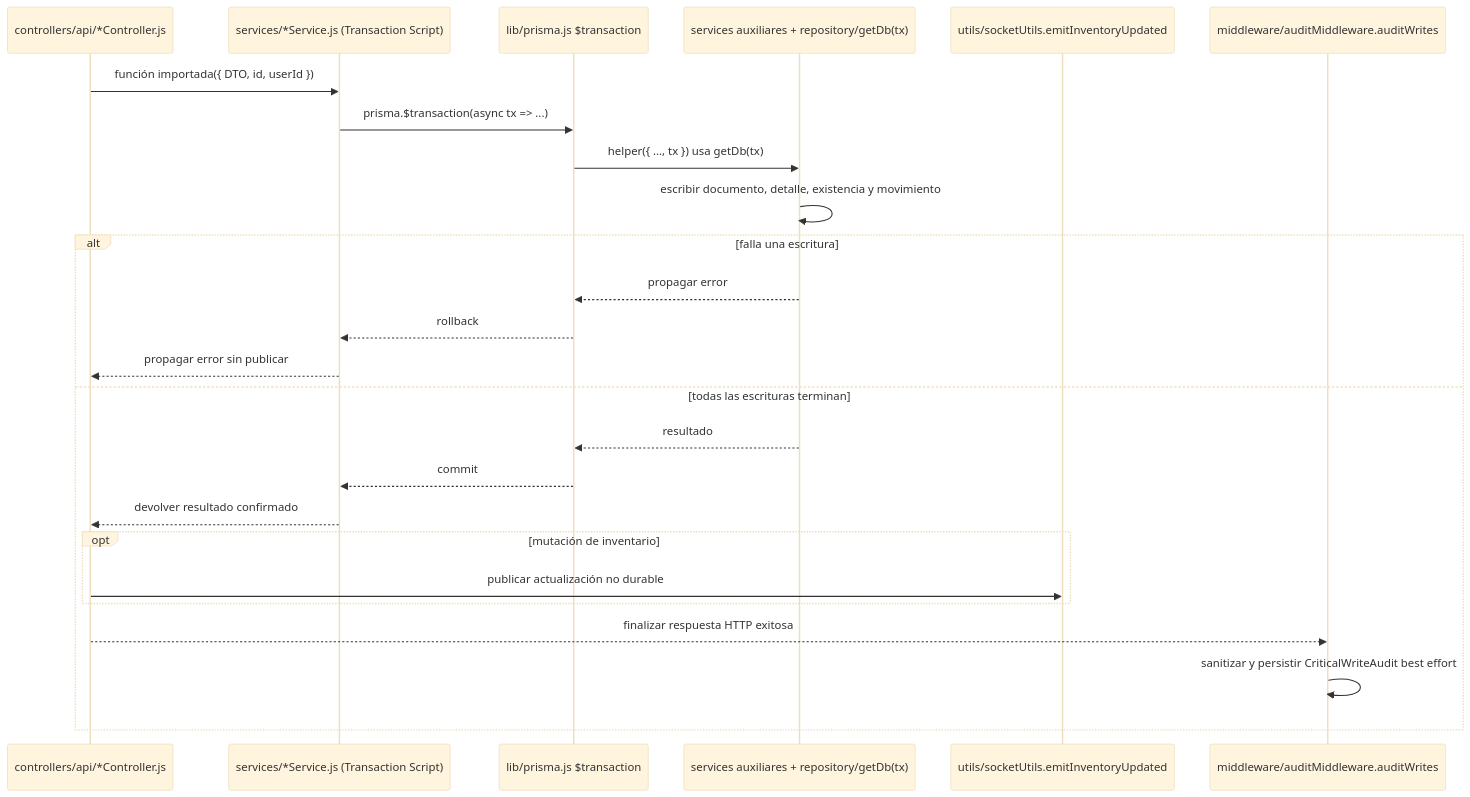
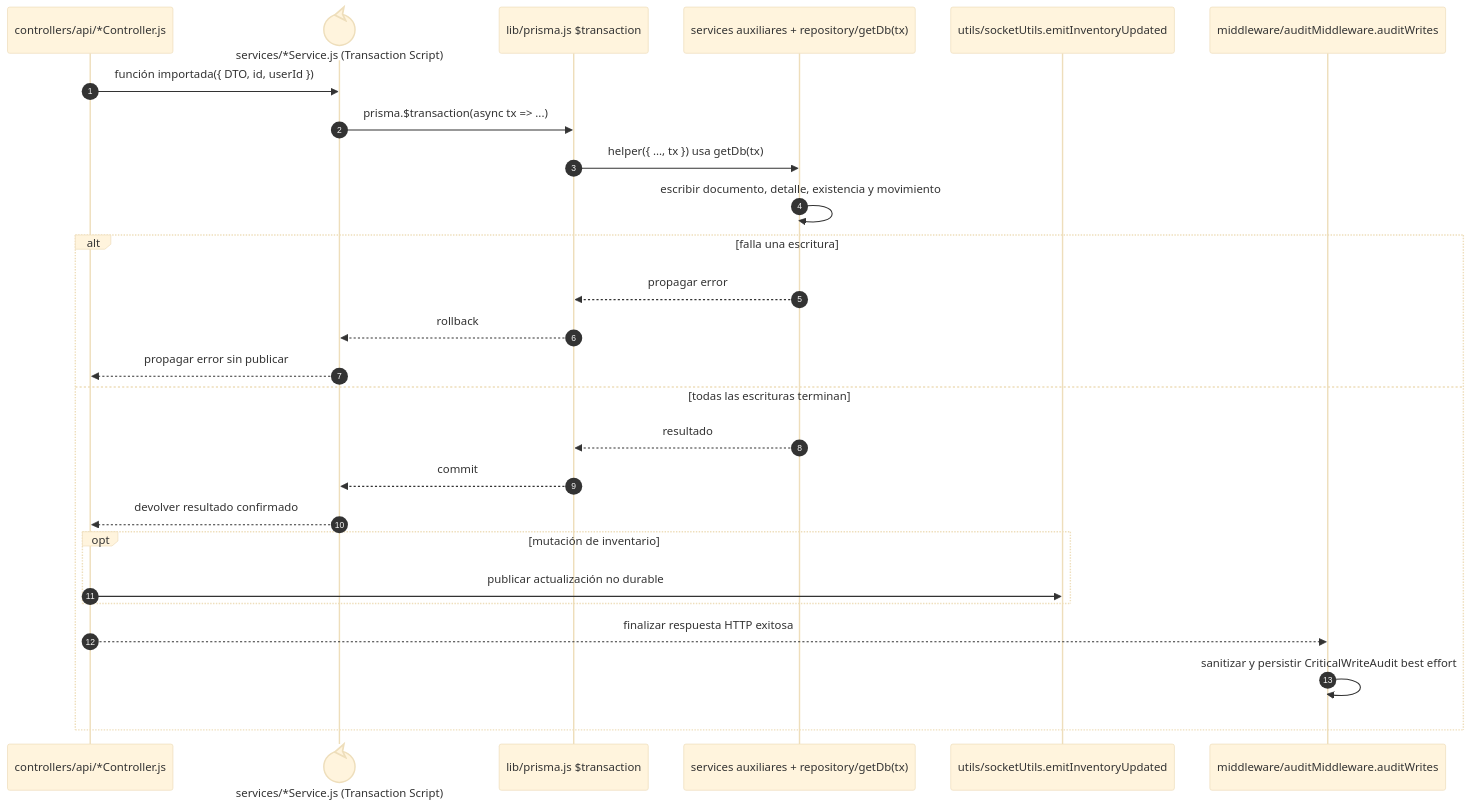
One commit to gpgsistemas01/nexus changed the fourth of 5 diagrams in docs/architecture/views/development/design-and-construction-patterns/04-catalog-visual-of-patterns-applied.md. Above: the diagram before and after it, drawn with Mermaid (base theme). The commit also changed other lines of this file and 198 other files, not shown here.

Commit message:
docs: mejorar notación UML y distribución de diagramas Mermaid

````diff
--- a/docs/architecture/views/development/design-and-construction-patterns/04-catalog-visual-of-patterns-applied.md
+++ b/docs/architecture/views/development/design-and-construction-patterns/04-catalog-visual-of-patterns-applied.md
@@ -131,28 +151,29 @@
 ```mermaid
 sequenceDiagram
+    autonumber
     participant Controller as controllers/api/*Controller.js
-    participant Service as services/*Service.js (Transaction Script)
+    participant Service@{ "type": "control" } as services/*Service.js (Transaction Script)
     participant Prisma as lib/prisma.js $transaction
     participant Writes as services auxiliares + repository/getDb(tx)
     participant Events as utils/socketUtils.emitInventoryUpdated
     participant Audit as middleware/auditMiddleware.auditWrites
 
     Controller->>Service: función importada({ DTO, id, userId })
     Service->>Prisma: prisma.$transaction(async tx => ...)
     Prisma->>Writes: helper({ ..., tx }) usa getDb(tx)
     Writes->>Writes: escribir documento, detalle, existencia y movimiento
     alt falla una escritura
         Writes-->>Prisma: propagar error
         Prisma-->>Service: rollback
         Service-->>Controller: propagar error sin publicar
     else todas las escrituras terminan
         Writes-->>Prisma: resultado
         Prisma-->>Service: commit
         Service-->>Controller: devolver resultado confirmado
         opt mutación de inventario
             Controller->>Events: publicar actualización no durable
         end
         Controller-->>Audit: finalizar respuesta HTTP exitosa
         Audit->>Audit: sanitizar y persistir CriticalWriteAudit best effort
     end
 ```
````
